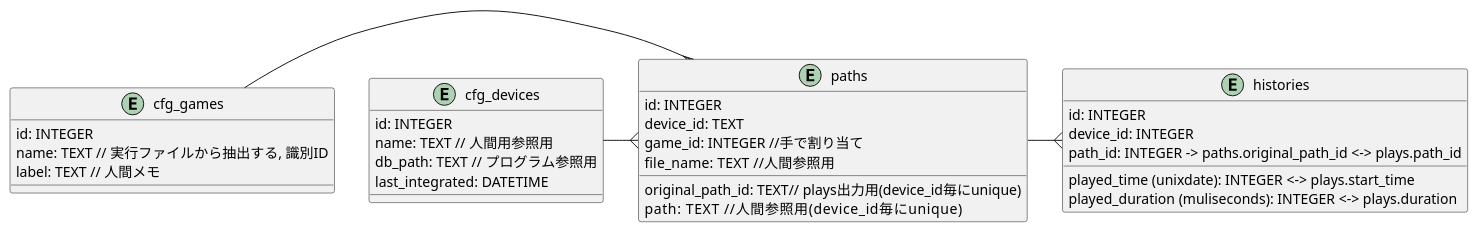
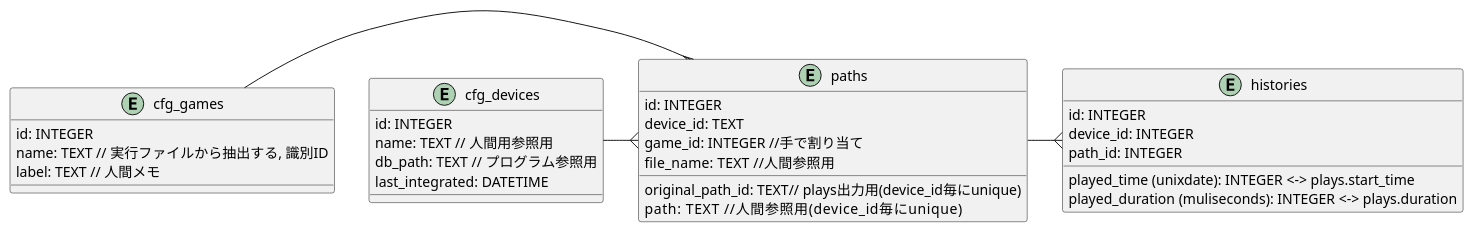
One commit to hagumeta/Python_PegasusSyncer changed the diagram in documents/tables.puml. Above: the diagram before and after it, drawn with PlantUML. The commit also changed 3 other files, not shown here.

```diff
--- a/documents/tables.puml
+++ b/documents/tables.puml
@@ -1,36 +1,36 @@
 
 entity cfg_games {
 id: INTEGER
 name: TEXT // 実行ファイルから抽出する, 識別ID
 label: TEXT // 人間メモ
 }
 
 entity cfg_devices {
 id: INTEGER
 name: TEXT // 人間用参照用
 db_path: TEXT // プログラム参照用
 last_integrated: DATETIME
 }
 
 entity paths {
   id: INTEGER
   device_id: TEXT
   game_id: INTEGER //手で割り当て
   original_path_id: TEXT// plays出力用(device_id毎にunique)
   path: TEXT       //人間参照用(device_id毎にunique)
   file_name: TEXT  //人間参照用
 }
 
 
 entity histories {
 id: INTEGER
 device_id: INTEGER
-path_id: INTEGER -> paths.original_path_id <-> plays.path_id
+path_id: INTEGER
 played_time (unixdate): INTEGER <-> plays.start_time
 played_duration (muliseconds): INTEGER <-> plays.duration
 }
 
 cfg_games -{ paths
 cfg_devices -{ paths 
 
 paths -{ histories
```
